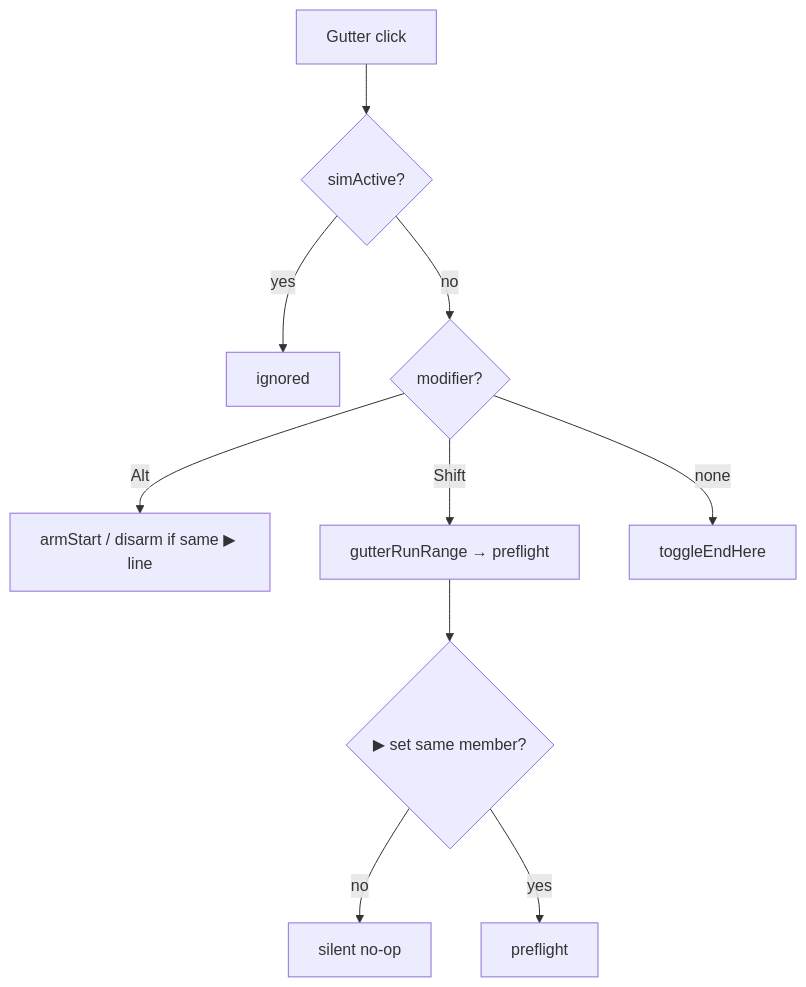
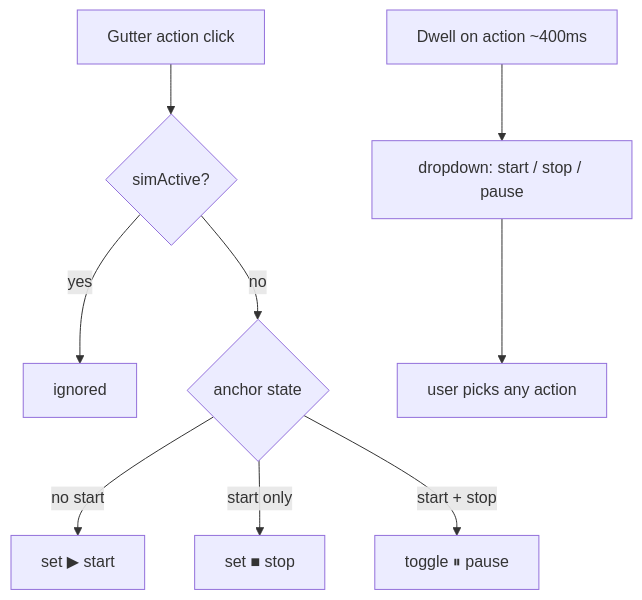
One commit to matkleve/codegrapher changed the second of 5 diagrams in docs/specs/system/execution-simulator.surfaces.supplement.md. Above: the diagram before and after it, drawn with Mermaid. The commit also changed other lines of this file and 93 other files, not shown here.

````diff
--- a/docs/specs/system/execution-simulator.surfaces.supplement.md
+++ b/docs/specs/system/execution-simulator.surfaces.supplement.md
@@ -40,12 +42,11 @@
 ```mermaid
 flowchart TD
-  Click[Gutter click] --> Active{simActive?}
+  Click[Gutter action click] --> Active{simActive?}
   Active -->|yes| Block[ignored]
-  Active -->|no| Mod{modifier?}
-  Mod -->|Alt| Start[armStart / disarm if same ▶ line]
-  Mod -->|Shift| Run[gutterRunRange → preflight]
-  Mod -->|none| End[toggleEndHere]
-  Run --> HasStart{▶ set same member?}
-  HasStart -->|no| Noop[silent no-op]
-  HasStart -->|yes| PF[preflight]
+  Active -->|no| Smart{anchor state}
+  Smart -->|no start| Start[set ▶ start]
+  Smart -->|start only| End[set ■ stop]
+  Smart -->|start + stop| Pause[toggle ⏸ pause]
+  Hover[Dwell on action ~400ms] --> Menu[dropdown: start / stop / pause]
+  Menu --> Pick[user picks any action]
 ```
````
